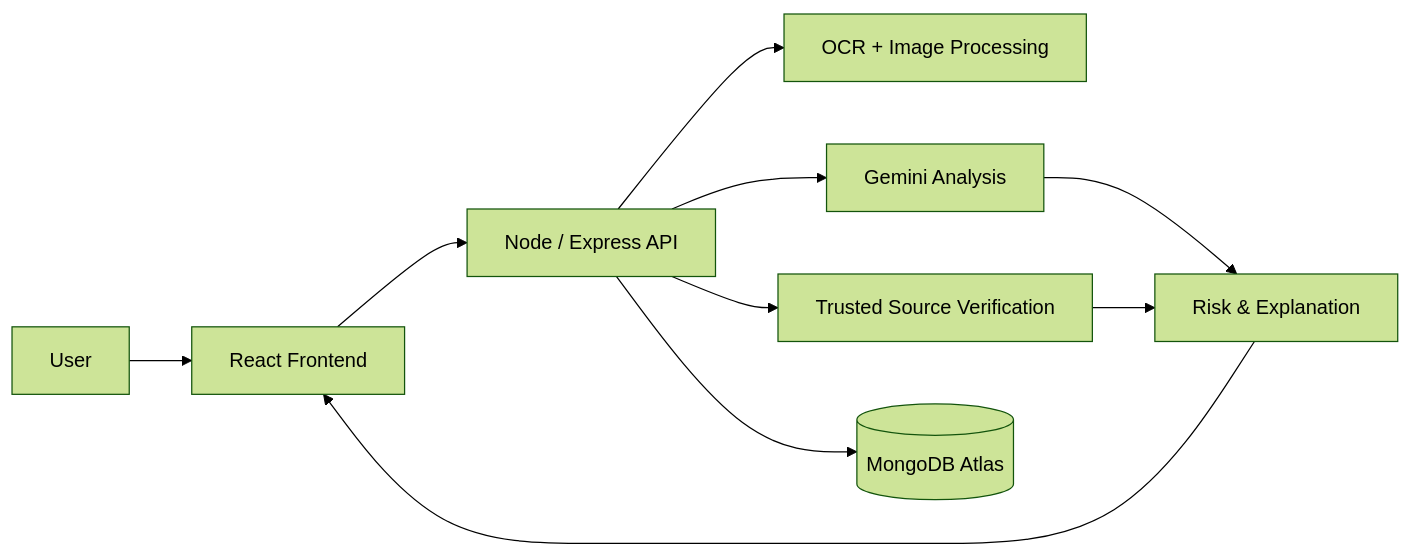
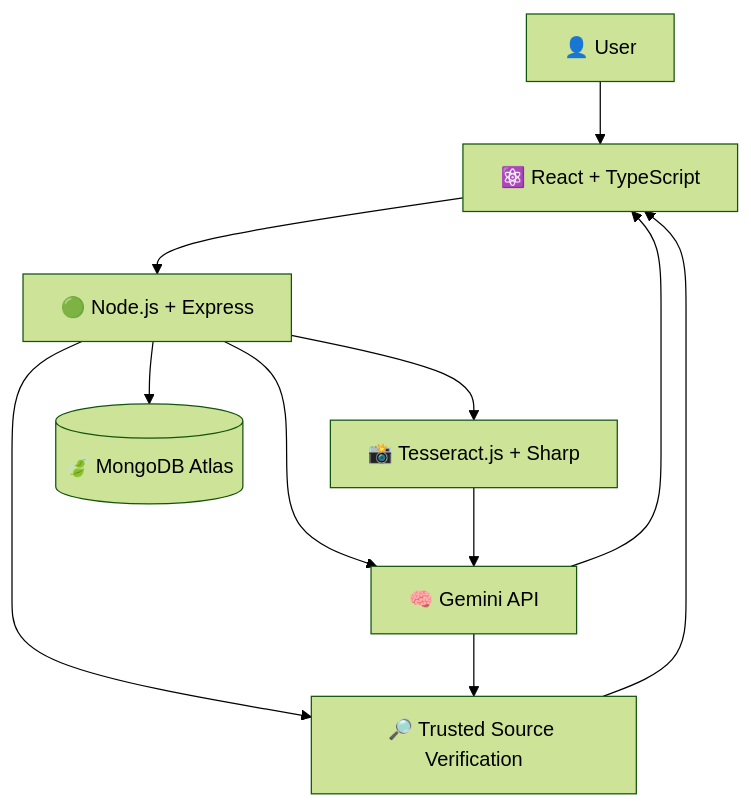
The second of 2 diagrams in README.md (Devprasath17/InvestorShield-AI), drawn with Mermaid (forest theme) before and after one commit. The commit also changed other lines of this file, not shown here.

````diff
--- a/README.md
+++ b/README.md
@@ -159,12 +222,25 @@
 ```mermaid
-flowchart LR
-    U[User] --> FE[React Frontend]
-    FE --> API[Node / Express API]
-    API --> OCR[OCR + Image Processing]
-    API --> AI[Gemini Analysis]
-    API --> V[Trusted Source Verification]
-    API --> DB[(MongoDB Atlas)]
-    AI --> R[Risk & Explanation]
-    V --> R
-    R --> FE
+flowchart TB
+    U[👤 User]
+
+    FE[⚛️ React + TypeScript]
+    API[🟢 Node.js + Express]
+
+    OCR[📸 Tesseract.js + Sharp]
+    AI[🧠 Gemini API]
+    VERIFY[🔎 Trusted Source Verification]
+    DB[(🍃 MongoDB Atlas)]
+
+    U --> FE
+    FE --> API
+
+    API --> OCR
+    API --> AI
+    API --> VERIFY
+    API --> DB
+
+    OCR --> AI
+    AI --> VERIFY
+    VERIFY --> FE
+    AI --> FE
 ```
````
